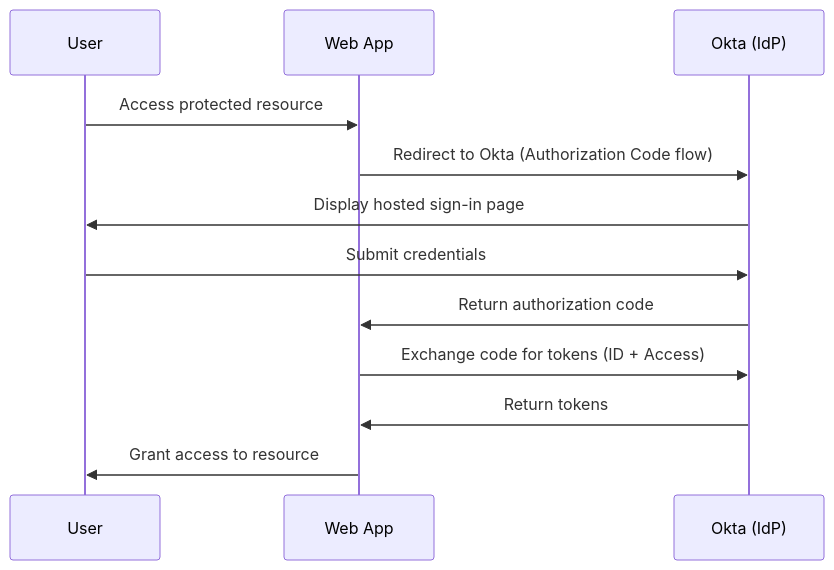
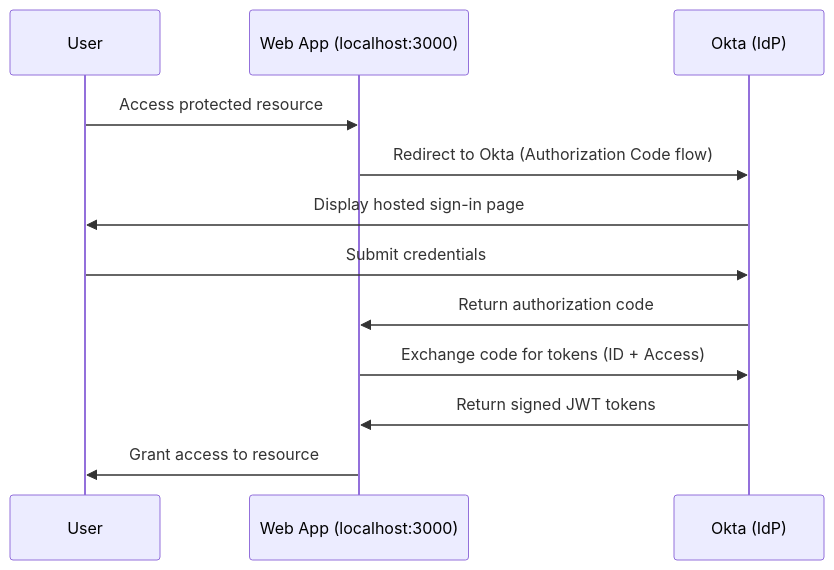
The diagram in Okta-Hands-On-Labs-IAM/01-Build-a-Simple-App-with-Sign-In/README.md (yaz29/cloud-security-portfolio), drawn with Mermaid before and after one commit. The commit also changed other lines of this file, not shown here.

````diff
--- a/Okta-Hands-On-Labs-IAM/01-Build-a-Simple-App-with-Sign-In/README.md
+++ b/Okta-Hands-On-Labs-IAM/01-Build-a-Simple-App-with-Sign-In/README.md
@@ -20,15 +37,15 @@
 ```mermaid
 sequenceDiagram
     participant User
-    participant App as Web App
+    participant App as Web App (localhost:3000)
     participant Okta as Okta (IdP)
 
     User->>App: Access protected resource
     App->>Okta: Redirect to Okta (Authorization Code flow)
     Okta->>User: Display hosted sign-in page
     User->>Okta: Submit credentials
     Okta->>App: Return authorization code
     App->>Okta: Exchange code for tokens (ID + Access)
-    Okta->>App: Return tokens
+    Okta->>App: Return signed JWT tokens
     App->>User: Grant access to resource
 ```
````
